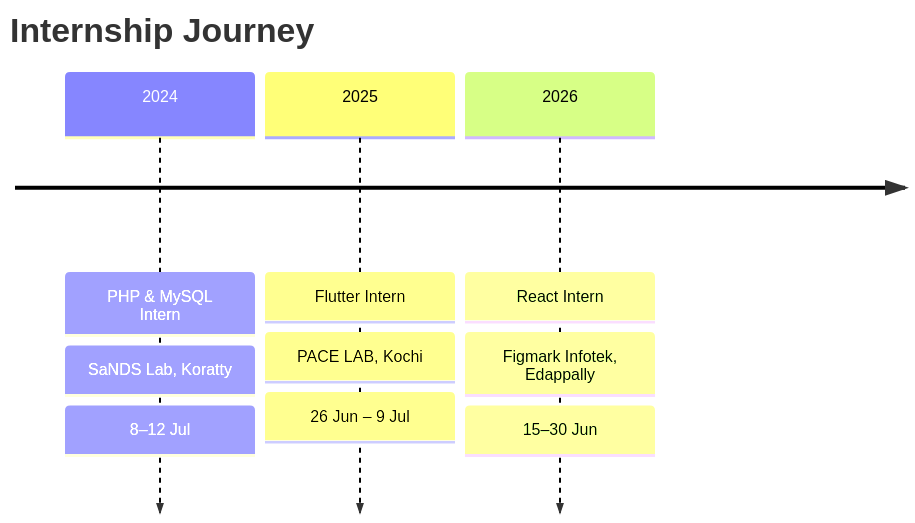
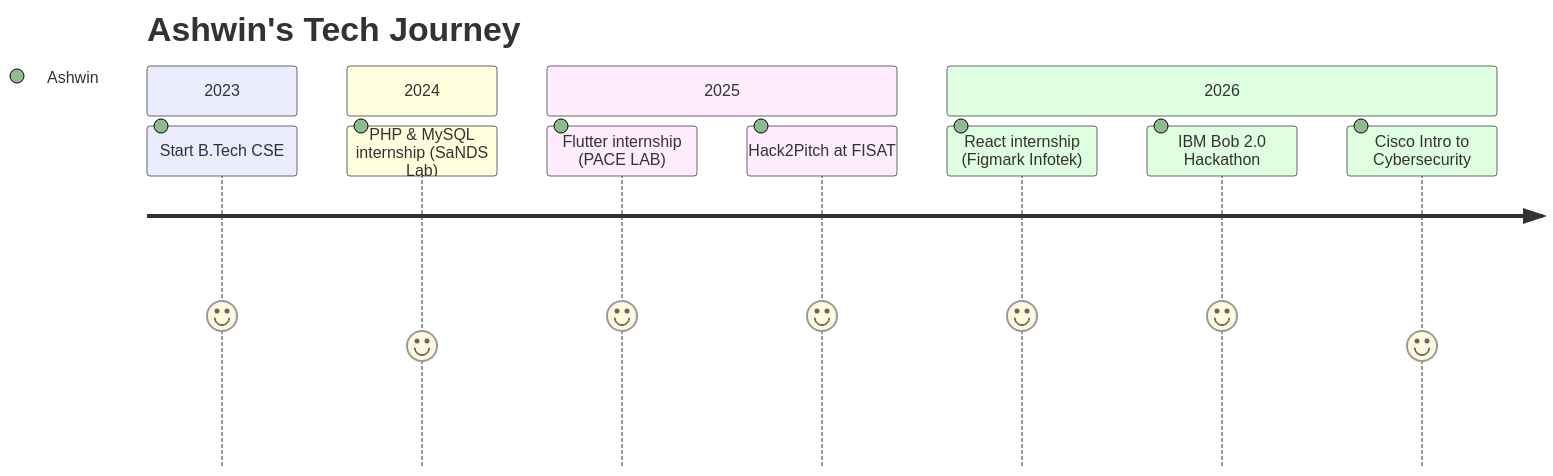
The second of 2 diagrams in README.md (Ashwinmv123/Ashwinmv123), drawn with Mermaid before and after one commit. The commit also changed other lines of this file, not shown here.

````diff
--- a/README.md
+++ b/README.md
@@ -170,7 +162,15 @@
 ```mermaid
-timeline
-    title Internship Journey
-    2024 : PHP & MySQL Intern : SaNDS Lab, Koratty : 8–12 Jul
-    2025 : Flutter Intern : PACE LAB, Kochi : 26 Jun – 9 Jul
-    2026 : React Intern : Figmark Infotek, Edappally : 15–30 Jun
+journey
+    title Ashwin's Tech Journey
+    section 2023
+      Start B.Tech CSE: 5: Ashwin
+    section 2024
+      PHP & MySQL internship (SaNDS Lab): 4: Ashwin
+    section 2025
+      Flutter internship (PACE LAB): 5: Ashwin
+      Hack2Pitch at FISAT: 5: Ashwin
+    section 2026
+      React internship (Figmark Infotek): 5: Ashwin
+      IBM Bob 2.0 Hackathon: 5: Ashwin
+      Cisco Intro to Cybersecurity: 4: Ashwin
 ```
````
